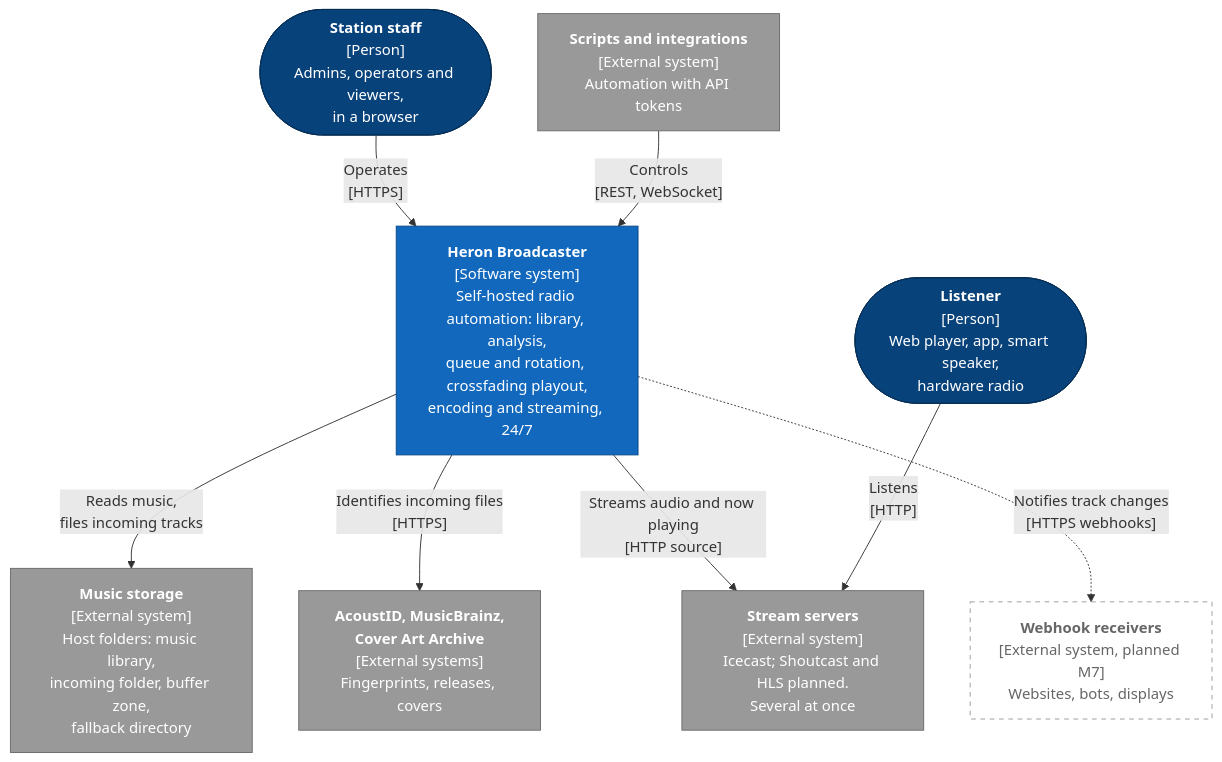
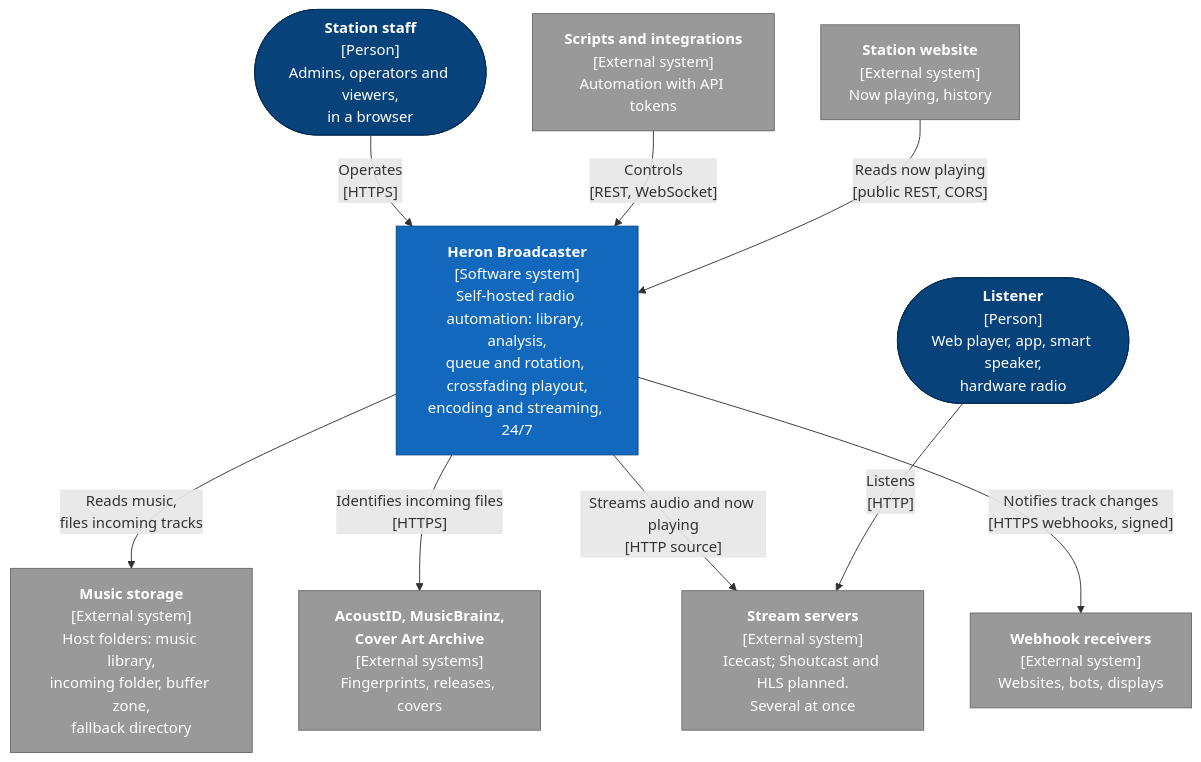
The first of 2 diagrams in docs/architecture.md (dehy/heron-broadcaster), drawn with Mermaid before and after one commit. The commit also changed other lines of this file and 6 other files, not shown here.

Commit message:
docs: M7 webhooks and public endpoints

````diff
--- a/docs/architecture.md
+++ b/docs/architecture.md
@@ -9,27 +9,29 @@
 ```mermaid
 flowchart TB
     staff(["<b>Station staff</b><br/>[Person]<br/>Admins, operators and viewers,<br/>in a browser"]):::person
     scripts["<b>Scripts and integrations</b><br/>[External system]<br/>Automation with API tokens"]:::external
     listener(["<b>Listener</b><br/>[Person]<br/>Web player, app, smart speaker,<br/>hardware radio"]):::person
 
     heron["<b>Heron Broadcaster</b><br/>[Software system]<br/>Self-hosted radio automation: library, analysis,<br/>queue and rotation, crossfading playout,<br/>encoding and streaming, 24/7"]:::system
 
     storage["<b>Music storage</b><br/>[External system]<br/>Host folders: music library,<br/>incoming folder, buffer zone,<br/>fallback directory"]:::external
     musicdb["<b>AcoustID, MusicBrainz,<br/>Cover Art Archive</b><br/>[External systems]<br/>Fingerprints, releases, covers"]:::external
     streamers["<b>Stream servers</b><br/>[External system]<br/>Icecast; Shoutcast and HLS planned.<br/>Several at once"]:::external
-    receivers["<b>Webhook receivers</b><br/>[External system, planned M7]<br/>Websites, bots, displays"]:::planned
+    receivers["<b>Webhook receivers</b><br/>[External system]<br/>Websites, bots, displays"]:::external
+    website["<b>Station website</b><br/>[External system]<br/>Now playing, history"]:::external
 
     staff -- "Operates<br/>[HTTPS]" --> heron
     scripts -- "Controls<br/>[REST, WebSocket]" --> heron
     heron -- "Reads music,<br/>files incoming tracks" --> storage
     heron -- "Identifies incoming files<br/>[HTTPS]" --> musicdb
     heron -- "Streams audio and now playing<br/>[HTTP source]" --> streamers
-    heron -. "Notifies track changes<br/>[HTTPS webhooks]" .-> receivers
+    heron -- "Notifies track changes<br/>[HTTPS webhooks, signed]" --> receivers
+    website -- "Reads now playing<br/>[public REST, CORS]" --> heron
     listener -- "Listens<br/>[HTTP]" --> streamers
 
     classDef person fill:#08427b,stroke:#052e56,color:#fff
     classDef system fill:#1168bd,stroke:#0b4884,color:#fff
     classDef container fill:#438dd5,stroke:#2e6295,color:#fff
     classDef external fill:#999999,stroke:#6b6b6b,color:#fff
     classDef planned fill:#ffffff,stroke:#999999,color:#666666,stroke-dasharray:5 5
 ```
````
